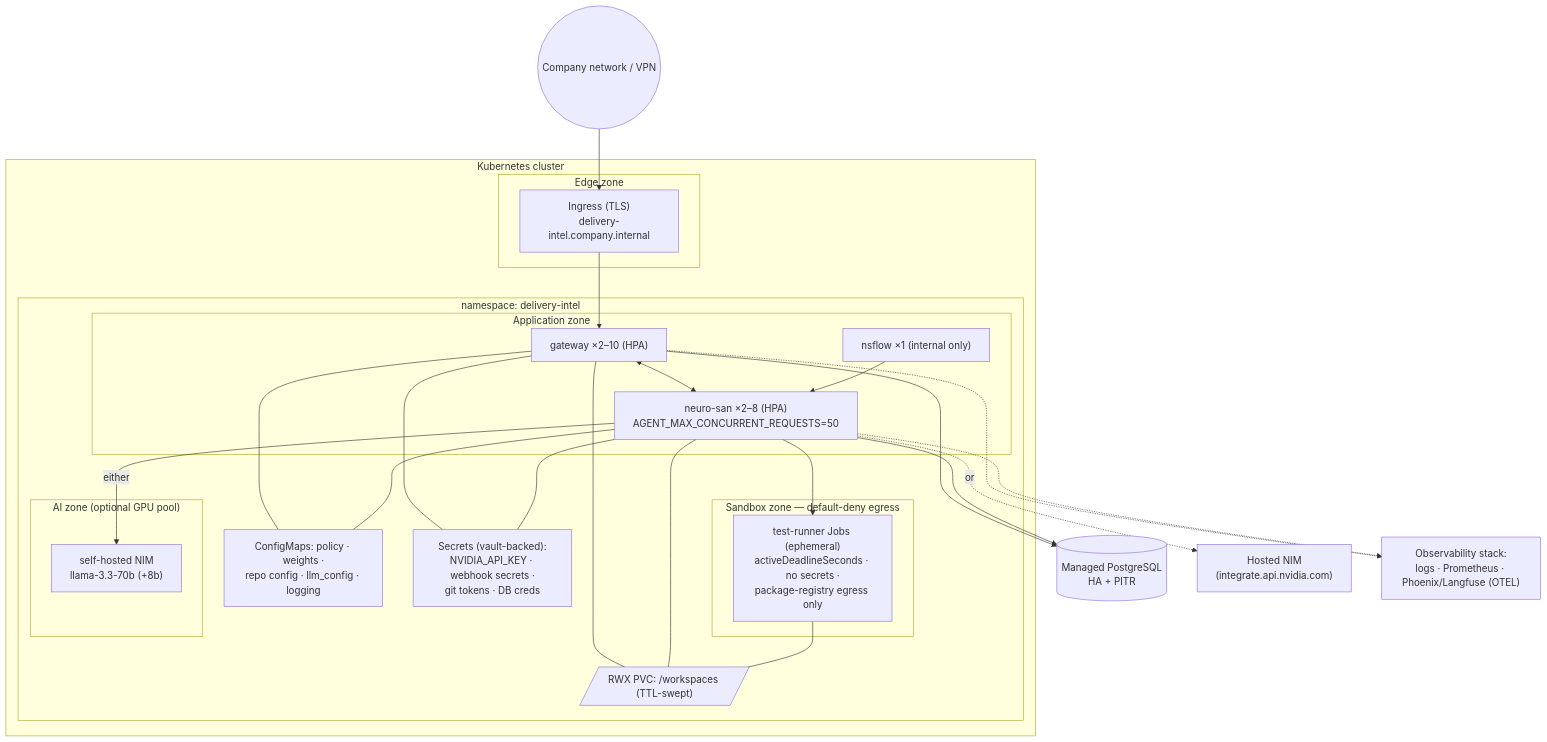
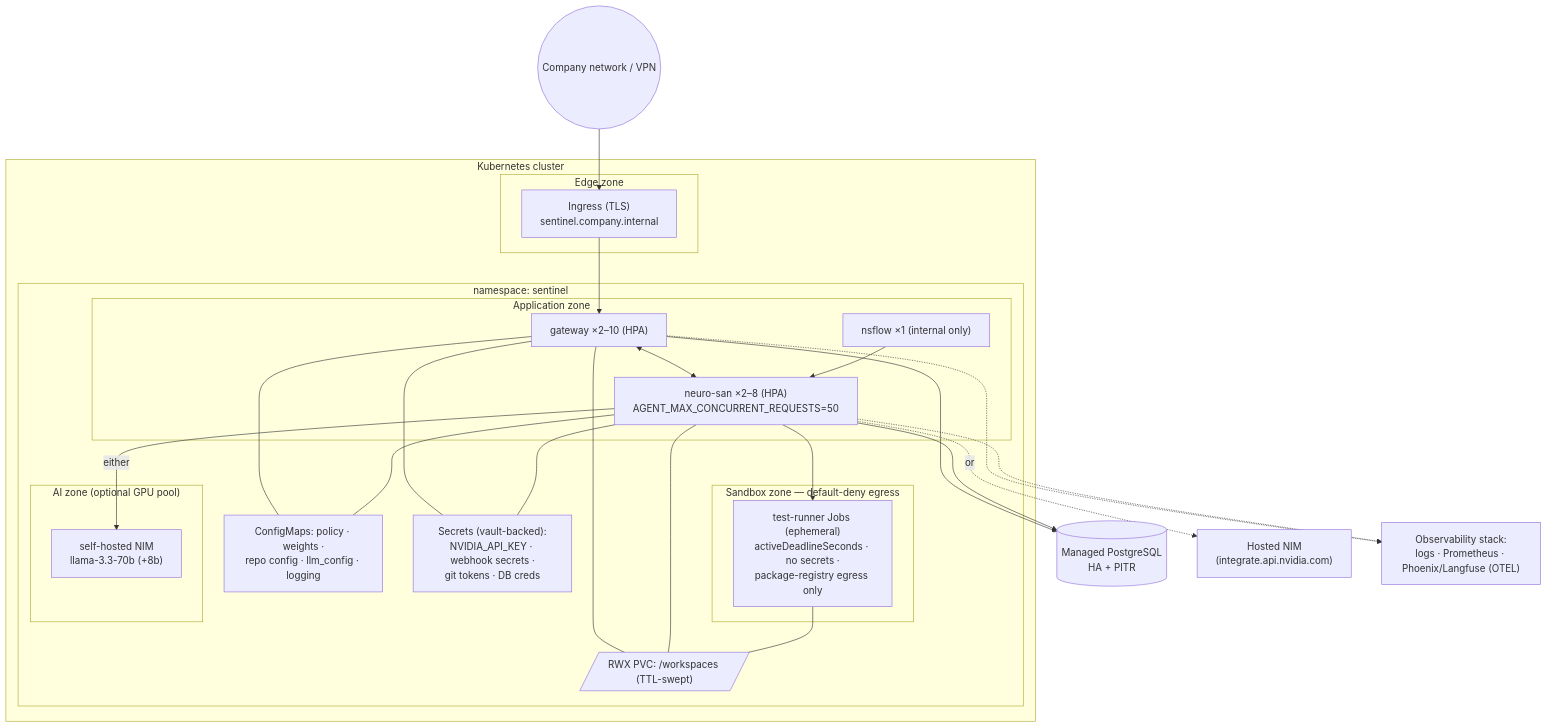
The fifth of 6 diagrams in docs/solution/05-architecture-diagram.md (anandharshit712/Sentinel), drawn with Mermaid before and after one commit. The commit also changed other lines of this file and 37 other files, not shown here.

````diff
--- a/docs/solution/05-architecture-diagram.md
+++ b/docs/solution/05-architecture-diagram.md
@@ -176,41 +176,41 @@
 ```mermaid
 flowchart TB
     INET(("Company network / VPN"))
 
     subgraph CLUSTER["Kubernetes cluster"]
         subgraph ZONE_EDGE["Edge zone"]
-            ING["Ingress (TLS)<br/>delivery-intel.company.internal"]
+            ING["Ingress (TLS)<br/>sentinel.company.internal"]
         end
-        subgraph NSPACE["namespace: delivery-intel"]
+        subgraph NSPACE["namespace: sentinel"]
             subgraph ZONE_APP["Application zone"]
                 GWP["gateway ×2–10 (HPA)"]
                 NSP["neuro-san ×2–8 (HPA)<br/>AGENT_MAX_CONCURRENT_REQUESTS=50"]
                 NFP["nsflow ×1 (internal only)"]
             end
             subgraph ZONE_SAND["Sandbox zone — default-deny egress"]
                 JOBS["test-runner Jobs (ephemeral)<br/>activeDeadlineSeconds · no secrets ·<br/>package-registry egress only"]
             end
             subgraph ZONE_AI["AI zone (optional GPU pool)"]
                 NIMP["self-hosted NIM<br/>llama-3.3-70b (+8b)"]
             end
             CMS["ConfigMaps: policy · weights ·<br/>repo config · llm_config · logging"]
             SECS["Secrets (vault-backed):<br/>NVIDIA_API_KEY · webhook secrets ·<br/>git tokens · DB creds"]
             WSV[/"RWX PVC: /workspaces (TTL-swept)"/]
         end
     end
 
     PGM[("Managed PostgreSQL<br/>HA + PITR")]
     NIMH["Hosted NIM<br/>(integrate.api.nvidia.com)"]
     OBS["Observability stack:<br/>logs · Prometheus · Phoenix/Langfuse (OTEL)"]
 
     INET --> ING --> GWP
     GWP <--> NSP
     NSP --> JOBS
     NSP -->|"either"| NIMP
     NSP -.->|"or"| NIMH
     GWP & NSP --> PGM
     GWP & NSP --- CMS & SECS
     GWP & NSP & JOBS --- WSV
     GWP & NSP -.-> OBS
     NFP --> NSP
 ```
````
